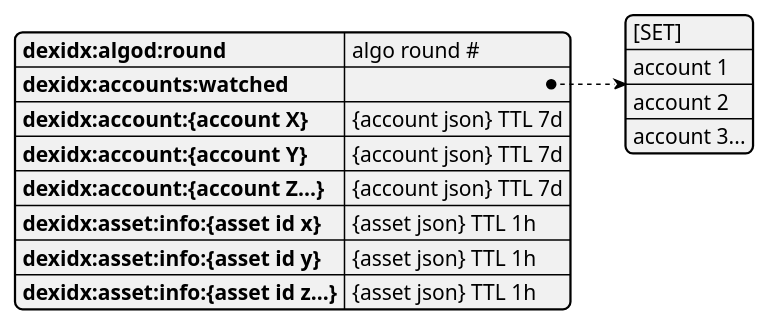
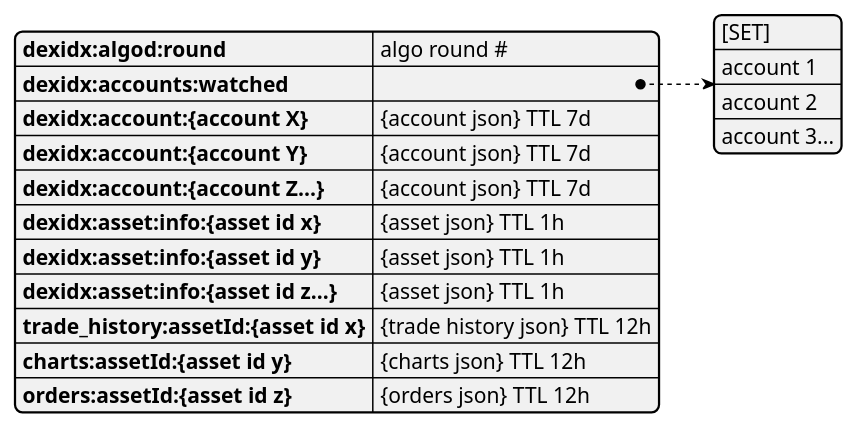
One commit to algodex/algodex-architecture changed the diagram in diagrams/redis_schema.puml. Above: the diagram before and after it, drawn with PlantUML. The commit also changed 1 other file, not shown here.

Commit message:
Update schema for redis

```diff
--- a/diagrams/redis_schema.puml
+++ b/diagrams/redis_schema.puml
@@ -1,17 +1,20 @@
 @startjson
 {
     "dexidx:algod:round" : "algo round #",
     "dexidx:accounts:watched" : [
         "[SET]",
         "account 1",
         "account 2",
         "account 3..."
     ],
     "dexidx:account:{account X}" : "{account json} TTL 7d",
     "dexidx:account:{account Y}" : "{account json} TTL 7d",
     "dexidx:account:{account Z...}" : "{account json} TTL 7d",
     "dexidx:asset:info:{asset id x}" : "{asset json} TTL 1h",
     "dexidx:asset:info:{asset id y}" : "{asset json} TTL 1h",
-    "dexidx:asset:info:{asset id z...}" : "{asset json} TTL 1h"
+    "dexidx:asset:info:{asset id z...}" : "{asset json} TTL 1h",
+    "trade_history:assetId:{asset id x}" : "{trade history json} TTL 12h",
+    "charts:assetId:{asset id y}" : "{charts json} TTL 12h",
+    "orders:assetId:{asset id z}" : "{orders json} TTL 12h"
 }
 @endjson
```
